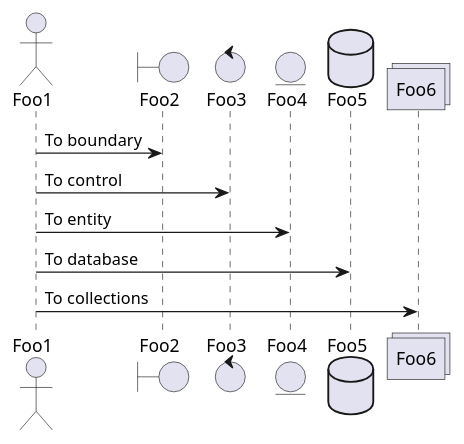
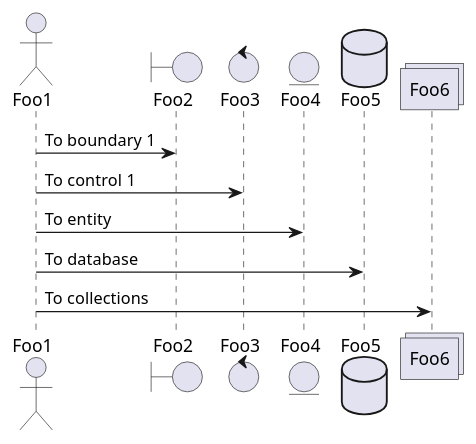
Before and after one commit to francescobianco/assets: the diagram in docs/assets.puml, drawn with PlantUML.

```diff
--- a/docs/assets.puml
+++ b/docs/assets.puml
@@ -1,13 +1,13 @@
 @startuml
 actor Foo1
 boundary Foo2
 control Foo3
 entity Foo4
 database Foo5
 collections Foo6
-Foo1 -> Foo2 : To boundary
-Foo1 -> Foo3 : To control
+Foo1 -> Foo2 : To boundary 1
+Foo1 -> Foo3 : To control 1
 Foo1 -> Foo4 : To entity
 Foo1 -> Foo5 : To database
 Foo1 -> Foo6 : To collections
 @enduml
```
